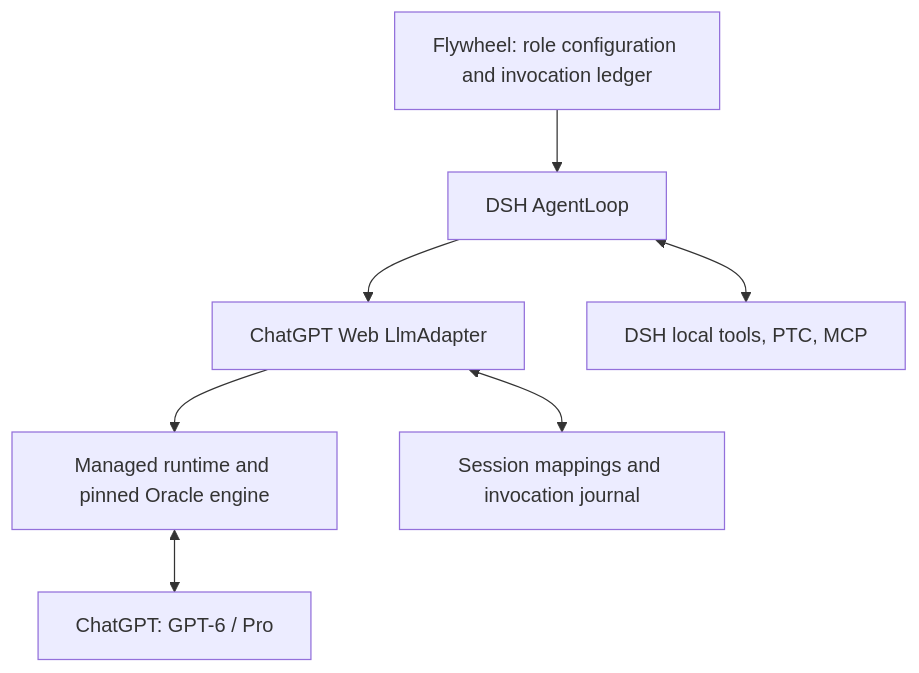
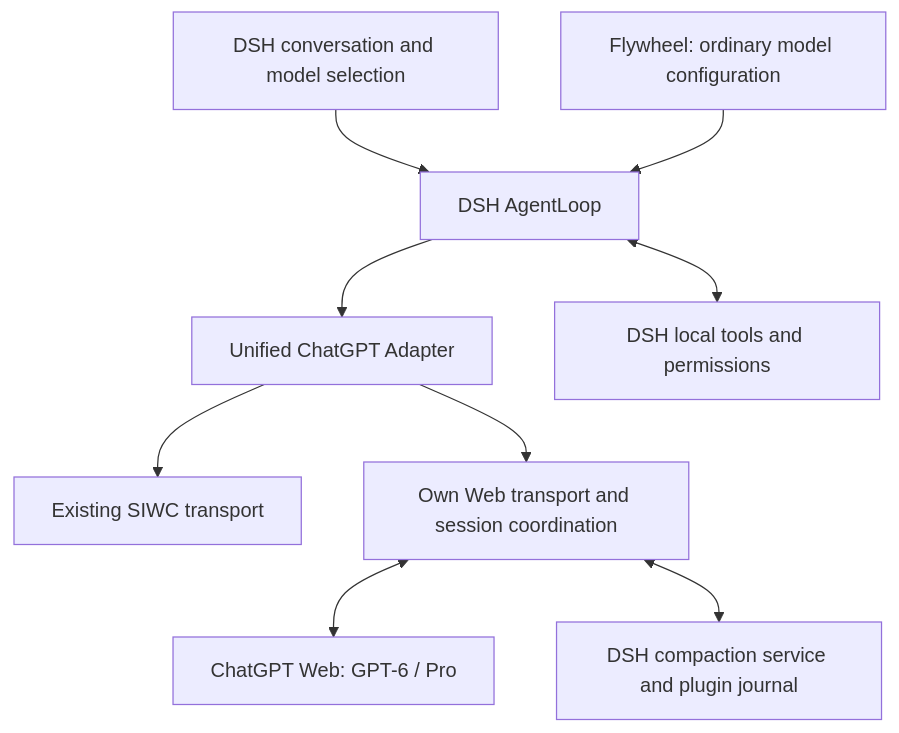
The first of 2 diagrams in docs/plans/2026-11-17-chatgpt-web-provider.en.md (ckanner/flywheel), drawn with Mermaid before and after one commit. The commit also changed other lines of this file and 4 other files, not shown here.

Commit message:
docs: redesign Web Pro as a native ChatGPT plugin model

````diff
--- a/docs/plans/2026-11-17-chatgpt-web-provider.en.md
+++ b/docs/plans/2026-11-17-chatgpt-web-provider.en.md
@@ -51,9 +125,11 @@
 ```mermaid
 flowchart TD
-  F["Flywheel: role configuration and invocation ledger"] --> A["DSH AgentLoop"]
-  A --> P["ChatGPT Web LlmAdapter"]
-  P --> R["Managed runtime and pinned Oracle engine"]
-  R <--> C["ChatGPT: GPT-6 / Pro"]
-  A <--> T["DSH local tools, PTC, MCP"]
-  P <--> J["Session mappings and invocation journal"]
+  U["DSH conversation and model selection"] --> A["DSH AgentLoop"]
+  F["Flywheel: ordinary model configuration"] --> A
+  A --> P["Unified ChatGPT Adapter"]
+  P --> S["Existing SIWC transport"]
+  P --> W["Own Web transport and session coordination"]
+  W <--> C["ChatGPT Web: GPT-6 / Pro"]
+  A <--> T["DSH local tools and permissions"]
+  W <--> H["DSH compaction service and plugin journal"]
 ```
````
